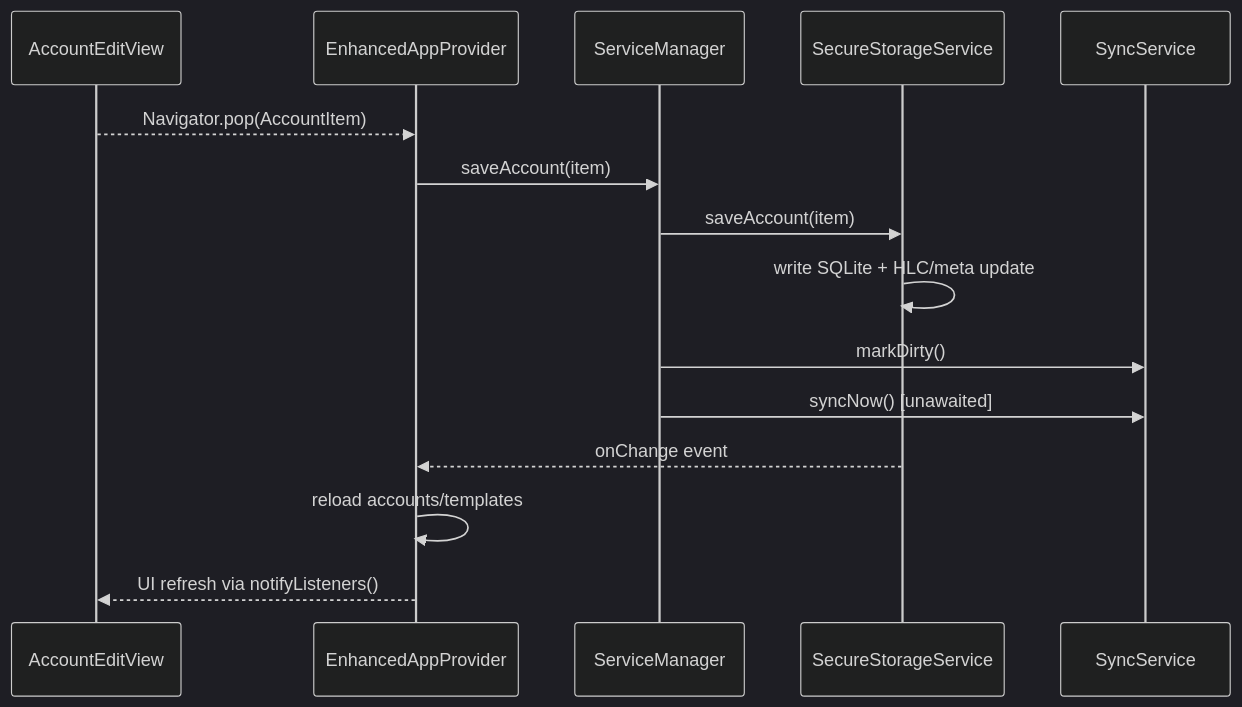
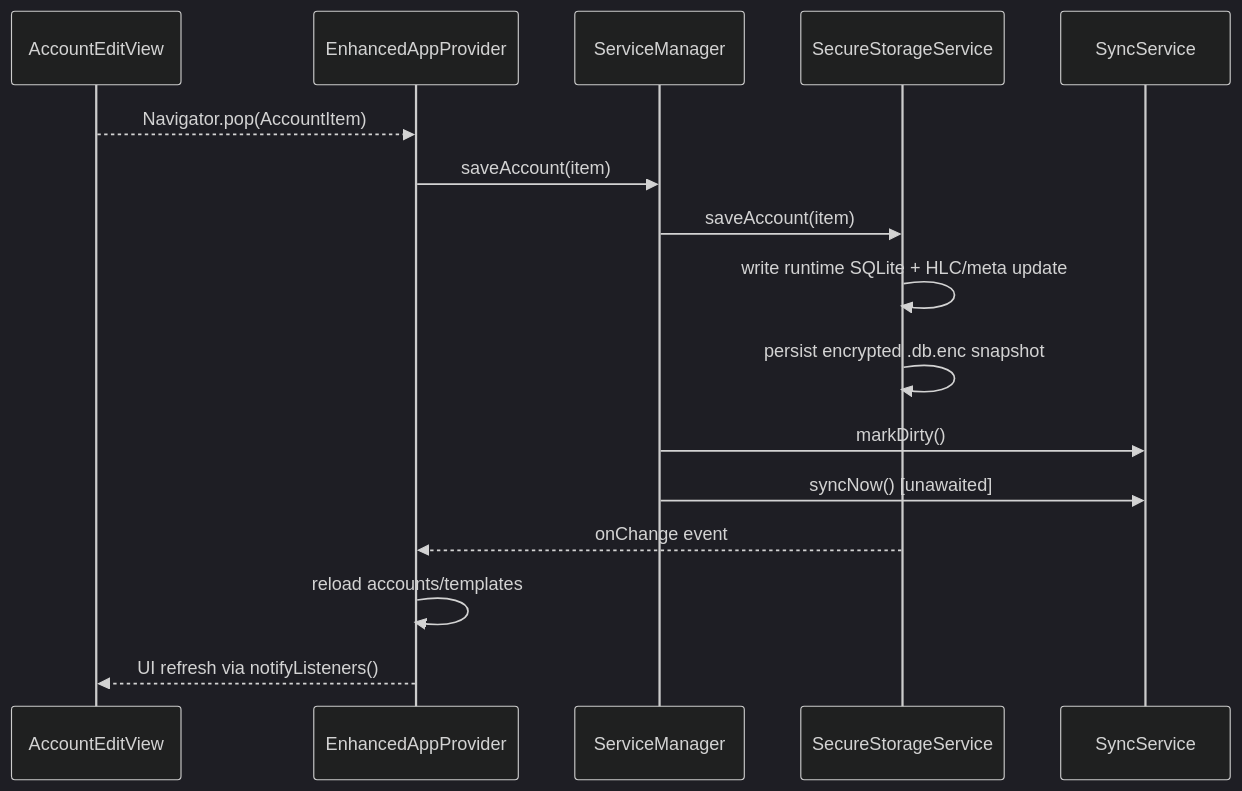
The third of 4 diagrams in docs/02_Runtime_and_Sync.md (aierchoom/roy_client), drawn with Mermaid (dark theme) before and after one commit. The commit also changed other lines of this file and 30 other files, not shown here.

````diff
--- a/docs/02_Runtime_and_Sync.md
+++ b/docs/02_Runtime_and_Sync.md
@@ -94,18 +95,19 @@
 ```mermaid
 sequenceDiagram
     participant Edit as AccountEditView
     participant Provider as EnhancedAppProvider
     participant SM as ServiceManager
     participant Storage as SecureStorageService
     participant Sync as SyncService
 
     Edit-->>Provider: Navigator.pop(AccountItem)
     Provider->>SM: saveAccount(item)
     SM->>Storage: saveAccount(item)
-    Storage->>Storage: write SQLite + HLC/meta update
+    Storage->>Storage: write runtime SQLite + HLC/meta update
+    Storage->>Storage: persist encrypted .db.enc snapshot
     SM->>Sync: markDirty()
     SM->>Sync: syncNow() [unawaited]
     Storage-->>Provider: onChange event
     Provider->>Provider: reload accounts/templates
     Provider-->>Edit: UI refresh via notifyListeners()
 ```
````
